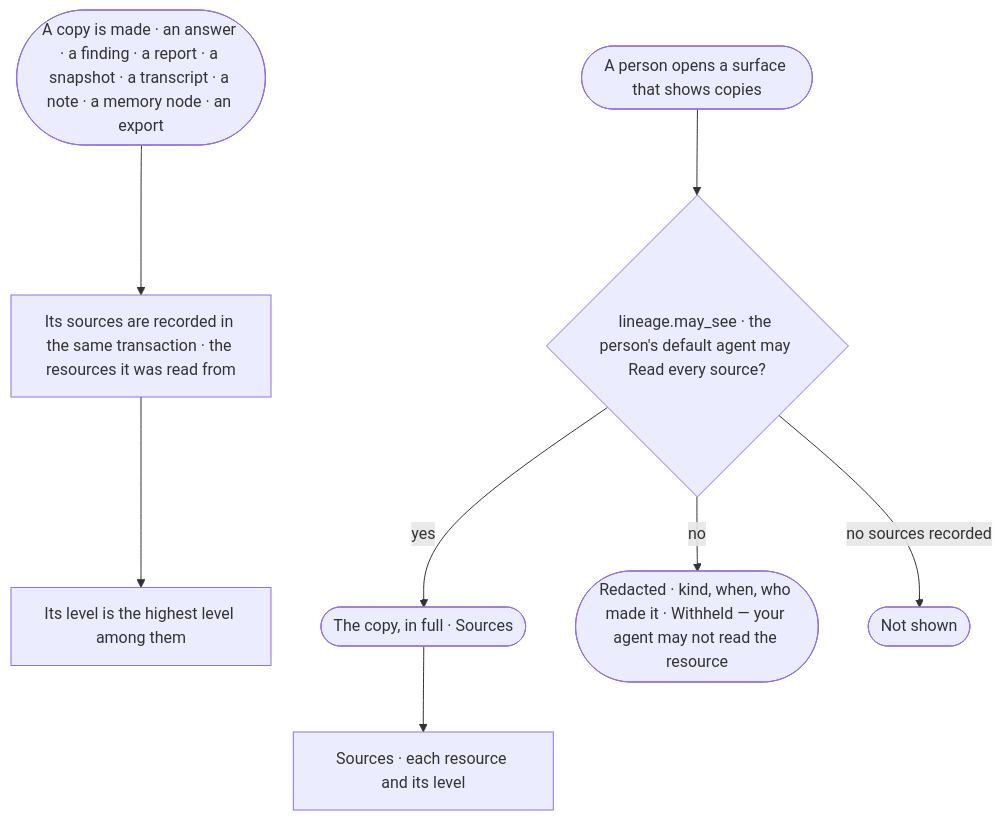
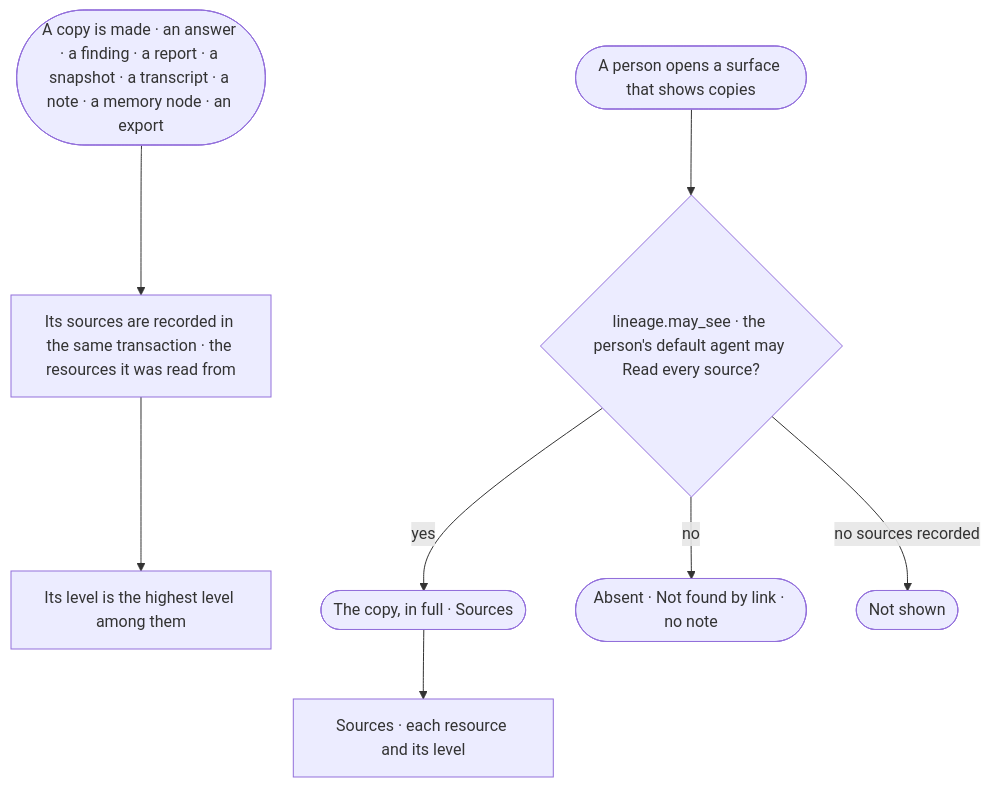
Before and after one commit to invana/invana: the diagram in specs/os/graph/features/GP-F02-memory/stories/GP-06-see-where-any-excerpt-came-from-and-who-may-see-it/story.md, drawn with Mermaid. The commit also changed other lines of this file and 69 other files, not shown here.

````diff
--- a/specs/os/graph/features/GP-F02-memory/stories/GP-06-see-where-any-excerpt-came-from-and-who-may-see-it/story.md
+++ b/specs/os/graph/features/GP-F02-memory/stories/GP-06-see-where-any-excerpt-came-from-and-who-may-see-it/story.md
@@ -32,10 +32,10 @@
 ```mermaid
 flowchart TD
   w([A copy is made · an answer · a finding · a report · a snapshot · a transcript · a note · a memory node · an export]) --> rec["Its sources are recorded in the same transaction · the resources it was read from"]
   rec --> lv["Its level is the highest level among them"]
   v([A person opens a surface that shows copies]) --> may{"lineage.may_see · the person's default agent may Read every source?"}
   may -->|yes| full(["The copy, in full · Sources"])
-  may -->|no| red(["Redacted · kind, when, who made it · Withheld — your agent may not read the resource"])
+  may -->|no| red(["Absent · Not found by link · no note"])
   may -->|no sources recorded| nf(["Not shown"])
   full --> src["Sources · each resource and its level"]
 ```
````
